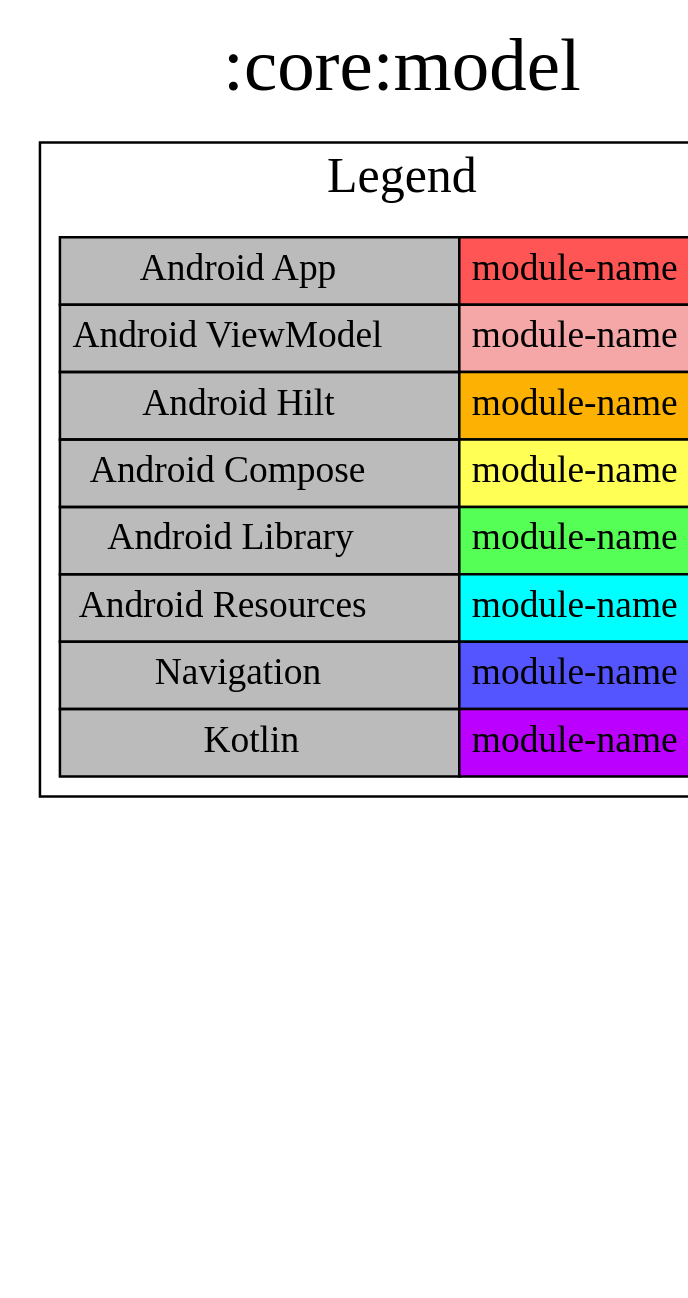
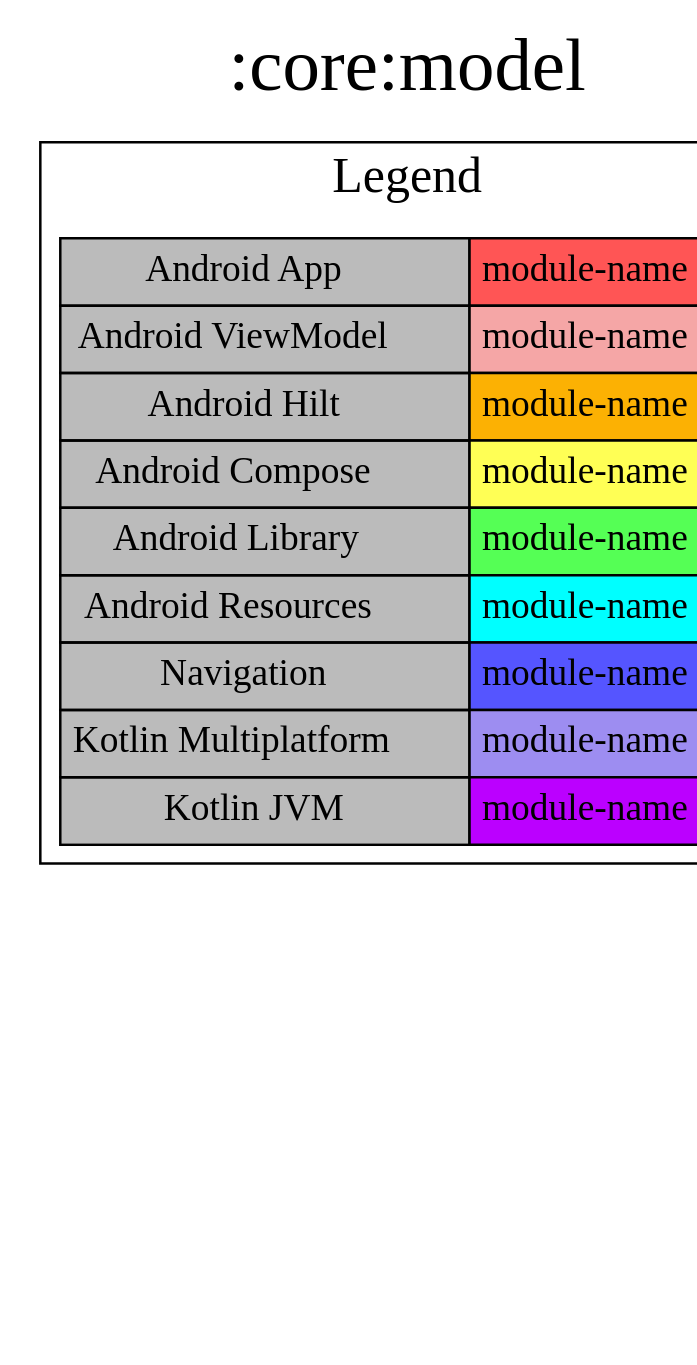
One commit to jonapoul/nasa-android changed the diagram in modules/core/model/project-dependency-graph.dot. Above: the diagram before and after it, drawn with Graphviz. The commit also changed 210 other files, not shown here.

```diff
--- a/modules/core/model/project-dependency-graph.dot
+++ b/modules/core/model/project-dependency-graph.dot
@@ -1,26 +1,27 @@
 digraph {
 edge ["dir"="forward"]
 graph ["dpi"="100","label"=":core:model","labelloc"="t","fontsize"="30","ranksep"="2.5","rankdir"="TB"]
 node ["style"="filled"]
 ":core:model" ["fillcolor"="#BB00FF","shape"="box"]
 {
 edge ["dir"="none"]
 graph ["rank"="same"]
 }
 subgraph "cluster_legend" {
 edge ["dir"="none"]
 graph ["label"="Legend","fontsize"="20"]
 "Legend" ["style"="filled","fillcolor"="#bbbbbb","shape"="none","margin"="0","fontsize"="15","label"=<
 <TABLE BORDER="0" CELLBORDER="1" CELLSPACING="0" CELLPADDING="4">
 <TR><TD>Android App</TD><TD BGCOLOR="#FF5555">module-name</TD></TR>
 <TR><TD>Android ViewModel</TD><TD BGCOLOR="#F5A6A6">module-name</TD></TR>
 <TR><TD>Android Hilt</TD><TD BGCOLOR="#FCB103">module-name</TD></TR>
 <TR><TD>Android Compose</TD><TD BGCOLOR="#FFFF55">module-name</TD></TR>
 <TR><TD>Android Library</TD><TD BGCOLOR="#55FF55">module-name</TD></TR>
 <TR><TD>Android Resources</TD><TD BGCOLOR="#00FFFF">module-name</TD></TR>
 <TR><TD>Navigation</TD><TD BGCOLOR="#5555FF">module-name</TD></TR>
-<TR><TD>Kotlin</TD><TD BGCOLOR="#BB00FF">module-name</TD></TR>
+<TR><TD>Kotlin Multiplatform</TD><TD BGCOLOR="#9D8DF1">module-name</TD></TR>
+<TR><TD>Kotlin JVM</TD><TD BGCOLOR="#BB00FF">module-name</TD></TR>
 </TABLE>
 >]
 } -> ":core:model" ["style"="invis"]
 }
```
